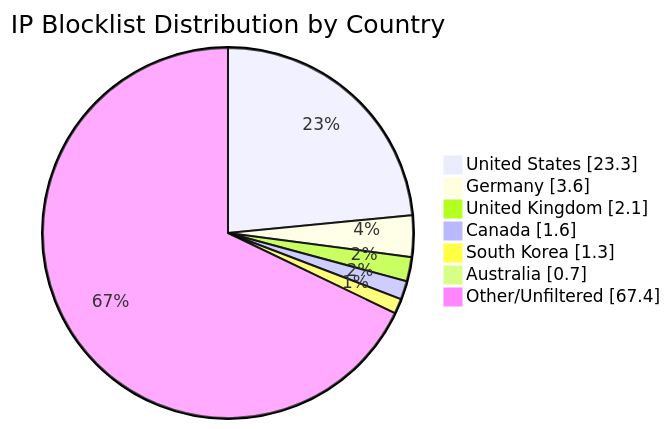
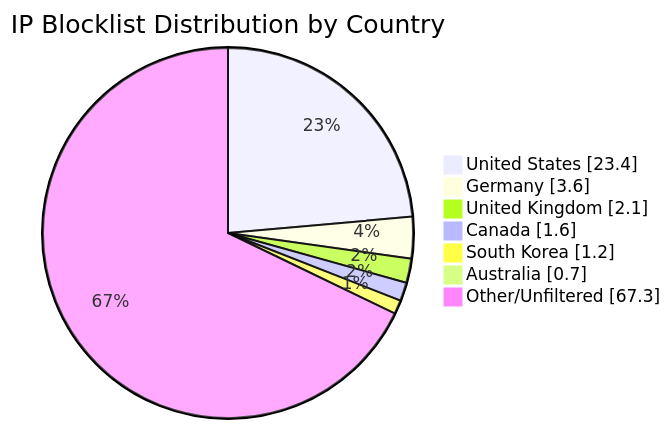
The diagram in README.md (MarcusHoltz/ipblocklist-geofiltered-aggregator), drawn with Mermaid before and after one commit. The commit also changed other lines of this file and 9 other files, not shown here.

````diff
--- a/README.md
+++ b/README.md
@@ -34,10 +34,10 @@
 ```mermaid
 pie showData title IP Blocklist Distribution by Country
-"United States" : 23.3
+"United States" : 23.4
 "Germany" : 3.6
 "United Kingdom" : 2.1
 "Canada" : 1.6
-"South Korea" : 1.3
+"South Korea" : 1.2
 "Australia" : 0.7
-"Other/Unfiltered" : 67.4
+"Other/Unfiltered" : 67.3
 ```
````
